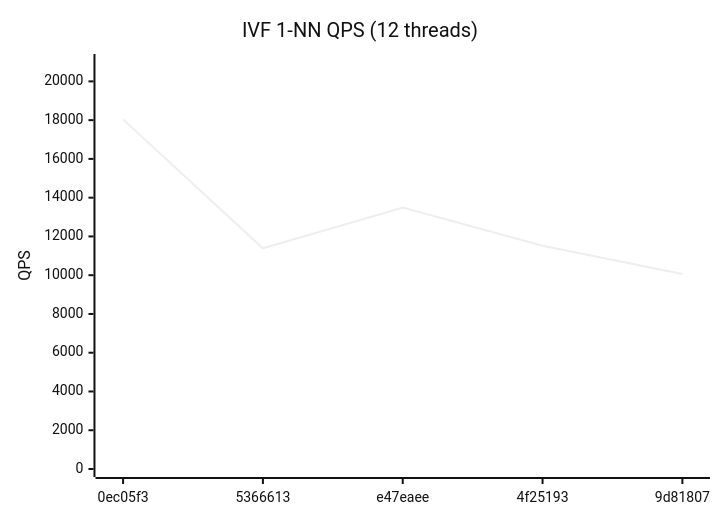
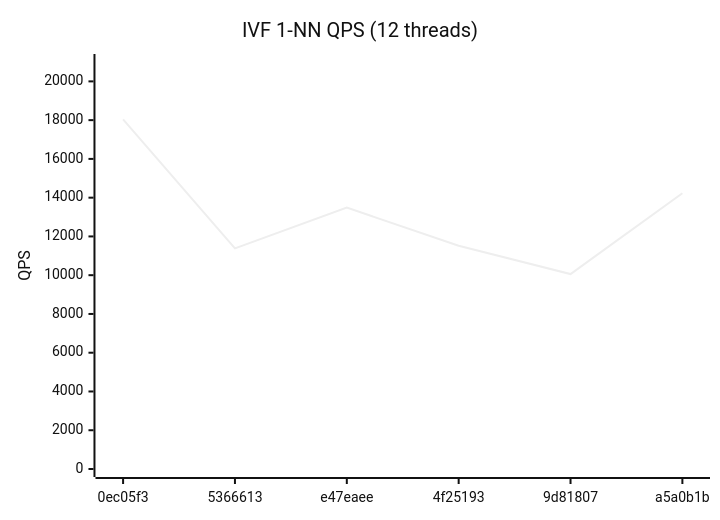
One commit to bibidhSubedi0/RedBoxDb changed the fourth of 4 diagrams in benchmarks/REPORT.md. Above: the diagram before and after it, drawn with Mermaid (neutral theme). The commit also changed other lines of this file and 1 other file, not shown here.

````diff
--- a/benchmarks/REPORT.md
+++ b/benchmarks/REPORT.md
@@ -49,7 +49,7 @@
 ```mermaid
 xychart-beta
   title "IVF 1-NN QPS (12 threads)"
-  x-axis ["0ec05f3", "5366613", "e47eaee", "4f25193", "9d81807"]
+  x-axis ["0ec05f3", "5366613", "e47eaee", "4f25193", "9d81807", "a5a0b1b"]
   y-axis "QPS" 0 --> 21000
-  line [18039, 11386, 13485, 11521, 10058]
+  line [18039, 11386, 13485, 11521, 10058, 14229]
 ```
````
